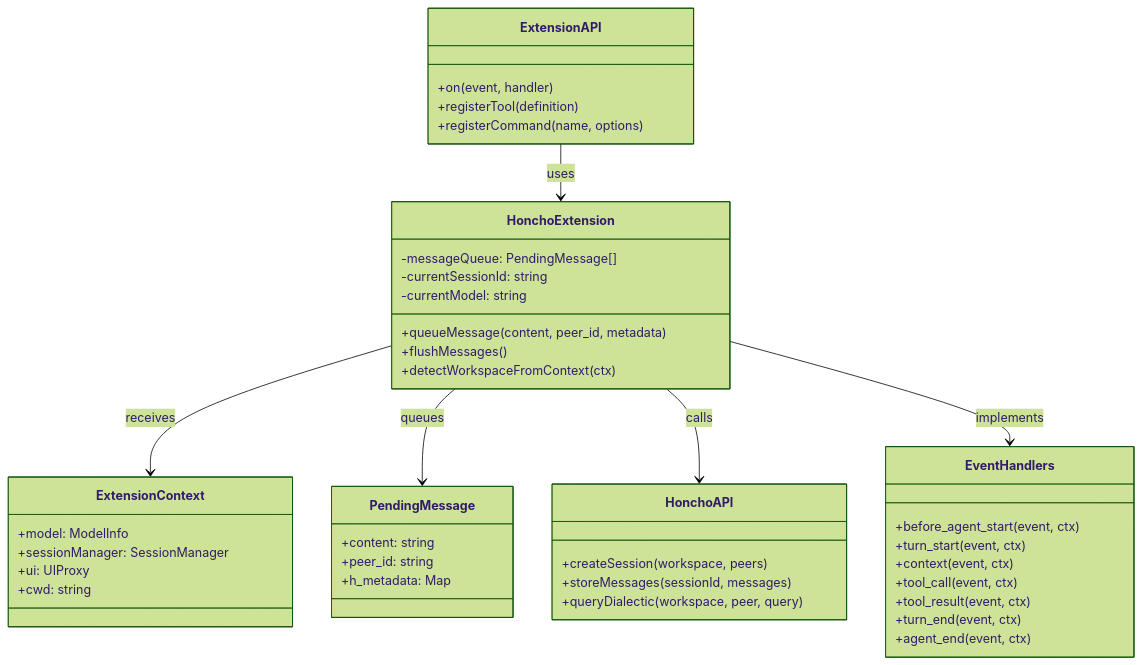
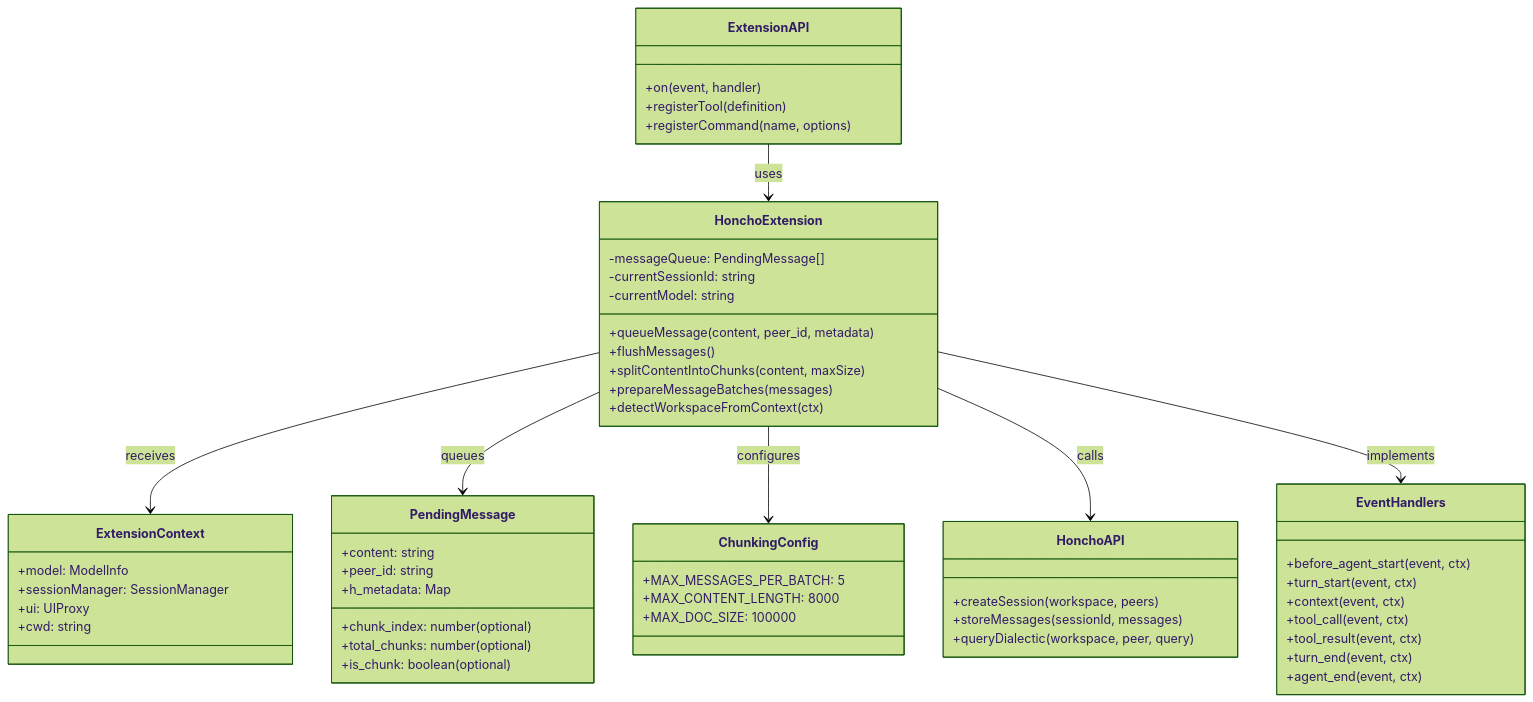
The third of 8 diagrams in docs/v3/guides/community/dgs-integrations/pi-mono/agents/extensions/README-honcho.md (dsidlo/local-honcho), drawn with Mermaid (forest theme) before and after one commit. The commit also changed other lines of this file and 1 other file, not shown here.

First line of the commit message:
feat: Enhance Honcho extension with intelligent content chunking

````diff
--- a/docs/v3/guides/community/dgs-integrations/pi-mono/agents/extensions/README-honcho.md
+++ b/docs/v3/guides/community/dgs-integrations/pi-mono/agents/extensions/README-honcho.md
@@ -116,52 +129,64 @@
 ```mermaid
 classDiagram
     class ExtensionAPI {
         +on(event, handler)
         +registerTool(definition)
         +registerCommand(name, options)
     }
     
     class ExtensionContext {
         +model: ModelInfo
         +sessionManager: SessionManager
         +ui: UIProxy
         +cwd: string
     }
     
     class HonchoExtension {
         -messageQueue: PendingMessage[]
         -currentSessionId: string
         -currentModel: string
         +queueMessage(content, peer_id, metadata)
         +flushMessages()
+        +splitContentIntoChunks(content, maxSize)
+        +prepareMessageBatches(messages)
         +detectWorkspaceFromContext(ctx)
     }
     
     class PendingMessage {
         +content: string
         +peer_id: string
         +h_metadata: Map
+        +chunk_index: number (optional)
+        +total_chunks: number (optional)
+        +is_chunk: boolean (optional)
+    }
+    
+    class ChunkingConfig {
+        +MAX_MESSAGES_PER_BATCH: 5
+        +MAX_CONTENT_LENGTH: 8000
+        +MAX_DOC_SIZE: 100000
     }
     
     class HonchoAPI {
         +createSession(workspace, peers)
         +storeMessages(sessionId, messages)
         +queryDialectic(workspace, peer, query)
     }
     
     class EventHandlers {
         +before_agent_start(event, ctx)
         +turn_start(event, ctx)
         +context(event, ctx)
         +tool_call(event, ctx)
         +tool_result(event, ctx)
         +turn_end(event, ctx)
         +agent_end(event, ctx)
     }
     
     ExtensionAPI --> HonchoExtension : uses
     HonchoExtension --> ExtensionContext : receives
     HonchoExtension --> PendingMessage : queues
+    HonchoExtension --> ChunkingConfig : configures
     HonchoExtension --> HonchoAPI : calls
     HonchoExtension --> EventHandlers : implements
 ```
````
